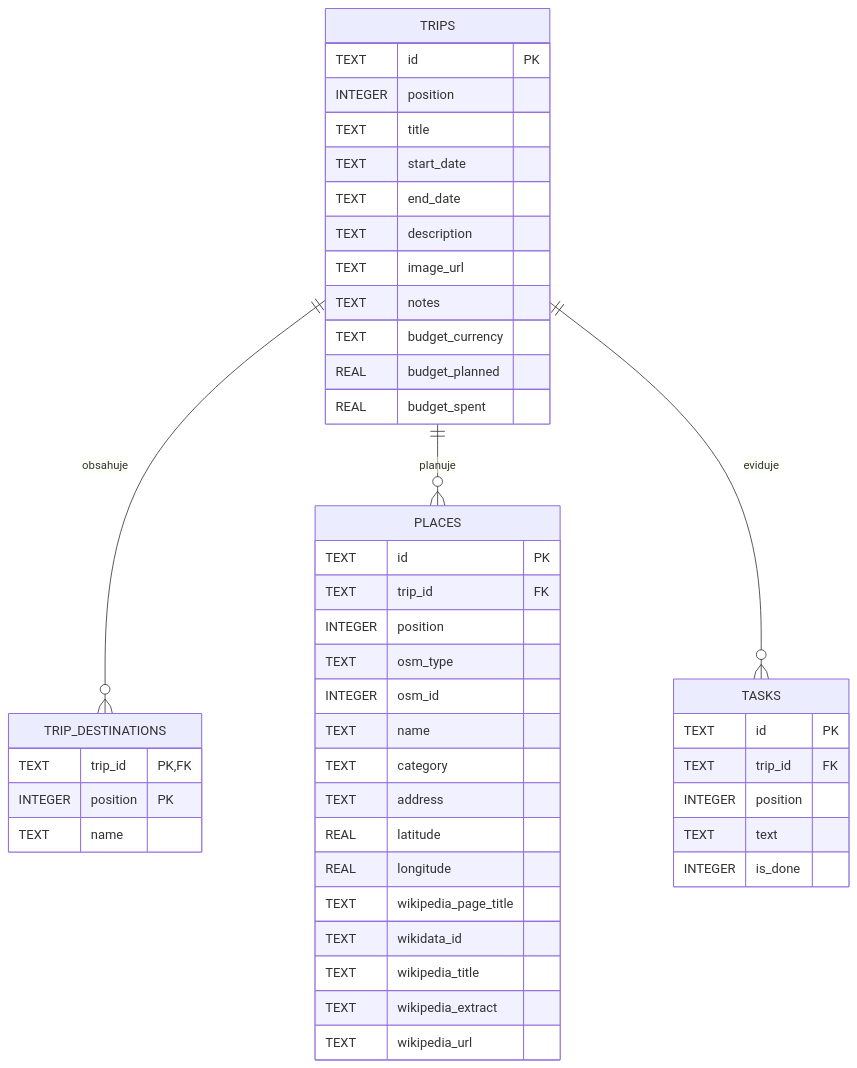
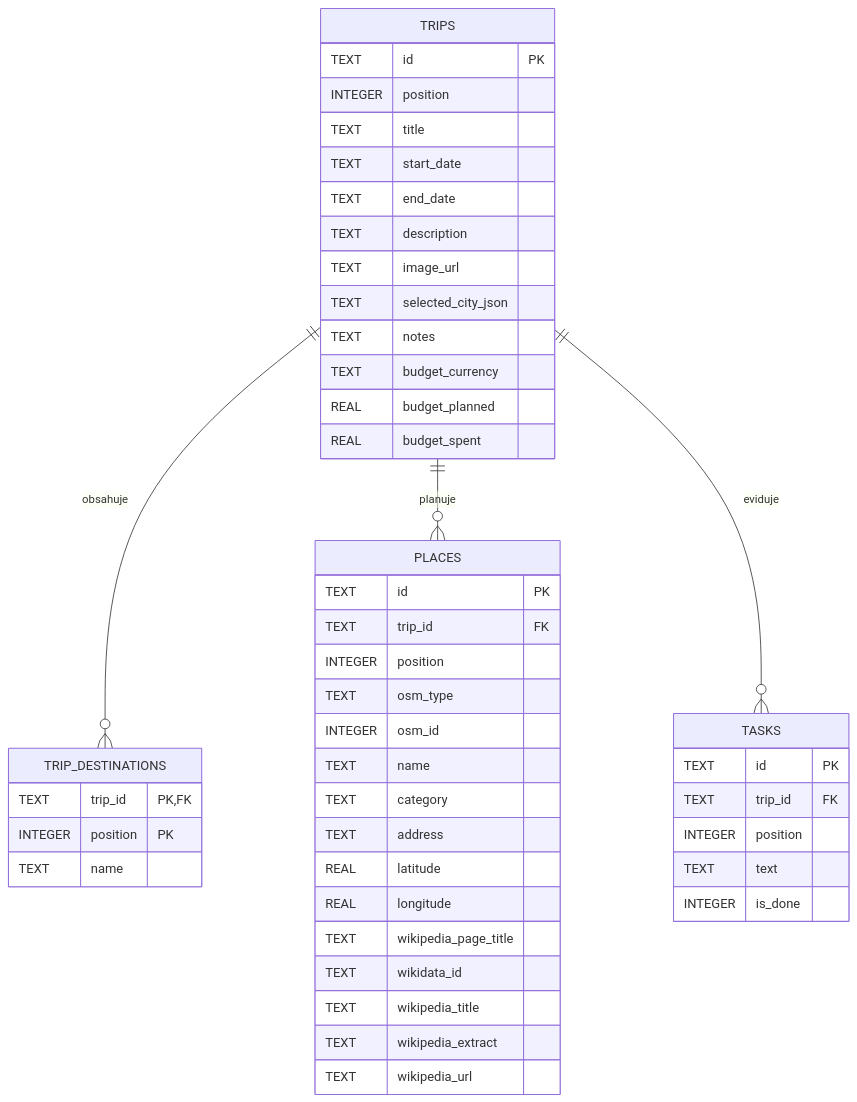
The diagram in docs/database-er.md (MadiGafu/MauiAngularApp), drawn with Mermaid before and after one commit. The commit also changed other lines of this file and 9 other files, not shown here.

````diff
--- a/docs/database-er.md
+++ b/docs/database-er.md
@@ -16,52 +16,53 @@
 ```mermaid
 erDiagram
     TRIPS ||--o{ TRIP_DESTINATIONS : obsahuje
     TRIPS ||--o{ PLACES : planuje
     TRIPS ||--o{ TASKS : eviduje
 
     TRIPS {
         TEXT id PK
         INTEGER position
         TEXT title
         TEXT start_date
         TEXT end_date
         TEXT description
         TEXT image_url
+        TEXT selected_city_json
         TEXT notes
         TEXT budget_currency
         REAL budget_planned
         REAL budget_spent
     }
 
     TRIP_DESTINATIONS {
         TEXT trip_id PK, FK
         INTEGER position PK
         TEXT name
     }
 
     PLACES {
         TEXT id PK
         TEXT trip_id FK
         INTEGER position
         TEXT osm_type
         INTEGER osm_id
         TEXT name
         TEXT category
         TEXT address
         REAL latitude
         REAL longitude
         TEXT wikipedia_page_title
         TEXT wikidata_id
         TEXT wikipedia_title
         TEXT wikipedia_extract
         TEXT wikipedia_url
     }
 
     TASKS {
         TEXT id PK
         TEXT trip_id FK
         INTEGER position
         TEXT text
         INTEGER is_done
     }
 ```
````
